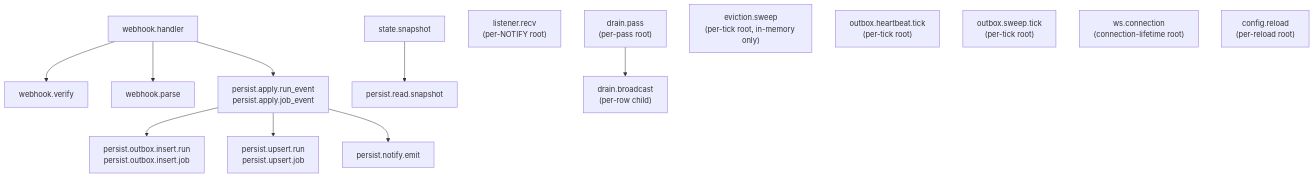
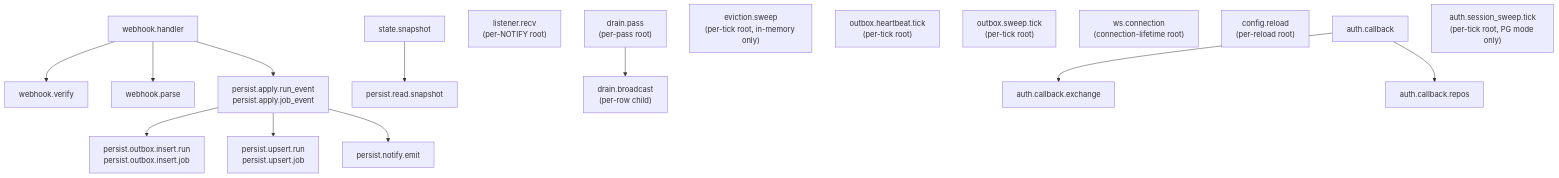
The second of 2 diagrams in docs/architecture/metrics.md (bojanrajkovic/atc), drawn with Mermaid before and after one commit. The commit also changed other lines of this file and 22 other files, not shown here.

First line of the commit message:
feat(observability): auth flow spans and metrics (#506)

````diff
--- a/docs/architecture/metrics.md
+++ b/docs/architecture/metrics.md
@@ -371,29 +413,35 @@
 ```mermaid
 flowchart TD
     WH["webhook.handler"]
     WV["webhook.verify"]
     WP["webhook.parse"]
     PAR["persist.apply.run_event\npersist.apply.job_event"]
     POR["persist.outbox.insert.run\npersist.outbox.insert.job"]
     PUR["persist.upsert.run\npersist.upsert.job"]
     PNE["persist.notify.emit"]
     SS["state.snapshot"]
     PRS["persist.read.snapshot"]
     LR["listener.recv\n(per-NOTIFY root)"]
     DP["drain.pass\n(per-pass root)"]
     DB["drain.broadcast\n(per-row child)"]
     ES["eviction.sweep\n(per-tick root, in-memory only)"]
     OH["outbox.heartbeat.tick\n(per-tick root)"]
     OS["outbox.sweep.tick\n(per-tick root)"]
     WC["ws.connection\n(connection-lifetime root)"]
     CR["config.reload\n(per-reload root)"]
+    AC["auth.callback"]
+    ACE["auth.callback.exchange"]
+    ACR["auth.callback.repos"]
+    ASS["auth.session_sweep.tick\n(per-tick root, PG mode only)"]
 
     WH --> WV
     WH --> WP
     WH --> PAR
     PAR --> POR
     PAR --> PUR
     PAR --> PNE
     SS --> PRS
     DP --> DB
+    AC --> ACE
+    AC --> ACR
 ```
````
